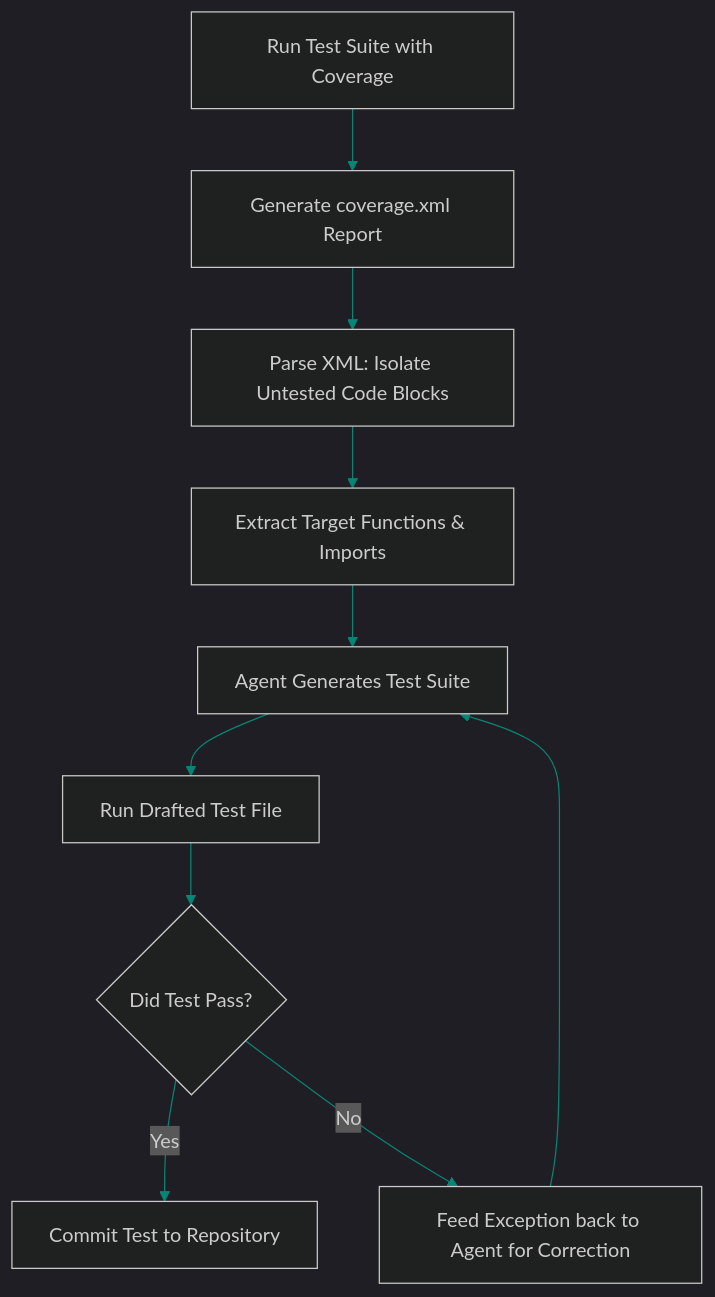
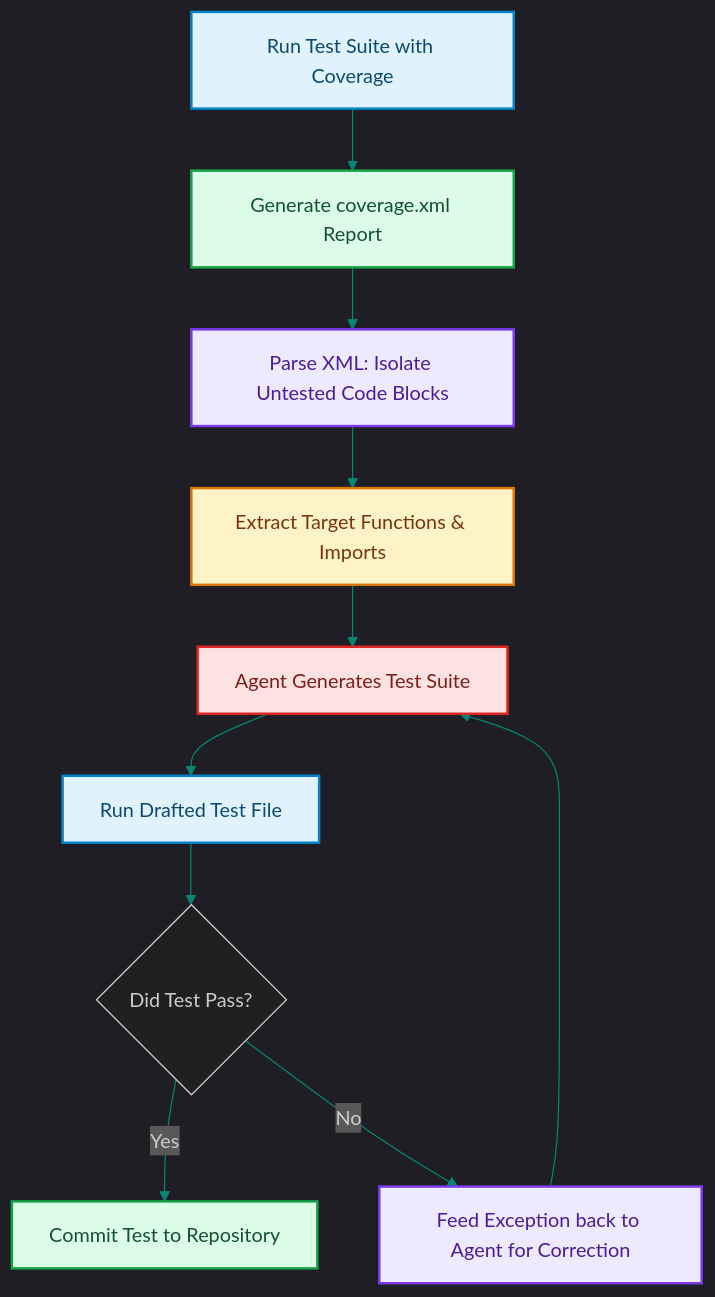
The diagram in blog/posts/codebase-automated-test-generation-coverage-gaps.md (akmalkhaniub/akmalkhaniub.github.io), drawn with Mermaid before and after one commit. The commit also changed other lines of this file and 1291 other files, not shown here.

First line of the commit message:
feat(catalog): unique covers, scholarly references, and diagram palettes

````diff
--- a/blog/posts/codebase-automated-test-generation-coverage-gaps.md
+++ b/blog/posts/codebase-automated-test-generation-coverage-gaps.md
@@ -19,14 +19,25 @@
 ```mermaid
 %%{init: {'theme': 'dark', 'themeVariables': { 'primaryColor': '#088574', 'primaryTextColor': '#f3f4f6', 'primaryBorderColor': '#0db49b', 'lineColor': '#088574', 'secondaryColor': '#111827', 'tertiaryColor': '#0b0f19'}}}%%
 flowchart TD
-    Run[Run Test Suite with Coverage] --> XML[Generate coverage.xml Report]
-    XML --> Parse[Parse XML: Isolate Untested Code Blocks]
-    Parse --> Context[Extract Target Functions & Imports]
-    Context --> Agent[Agent Generates Test Suite]
+    Run["Run Test Suite with Coverage"] --> XML["Generate coverage.xml Report"]
+    XML --> Parse["Parse XML: Isolate Untested Code Blocks"]
+    Parse --> Context["Extract Target Functions & Imports"]
+    Context --> Agent["Agent Generates Test Suite"]
     
-    Agent --> Exec[Run Drafted Test File]
+    Agent --> Exec["Run Drafted Test File"]
     Exec --> Check{Did Test Pass?}
-    Check -->|Yes| Commit[Commit Test to Repository]
-    Check -->|No| Feedback[Feed Exception back to Agent for Correction]
+    Check -->|Yes| Commit["Commit Test to Repository"]
+    Check -->|No| Feedback["Feed Exception back to Agent for Correction"]
     Feedback --> Agent
+
+classDef green fill:#dcfce7,stroke:#16a34a,stroke-width:2px,color:#14532d;
+classDef red fill:#fee2e2,stroke:#dc2626,stroke-width:2px,color:#7f1d1d;
+classDef blue fill:#e0f2fe,stroke:#0284c7,stroke-width:2px,color:#0c4a6e;
+classDef yellow fill:#fef3c7,stroke:#d97706,stroke-width:2px,color:#78350f;
+classDef purple fill:#ede9fe,stroke:#7c3aed,stroke-width:2px,color:#4c1d95;
+class Run,Exec blue
+class XML,Commit green
+class Parse,Feedback purple
+class Context yellow
+class Agent red
 ```
````
